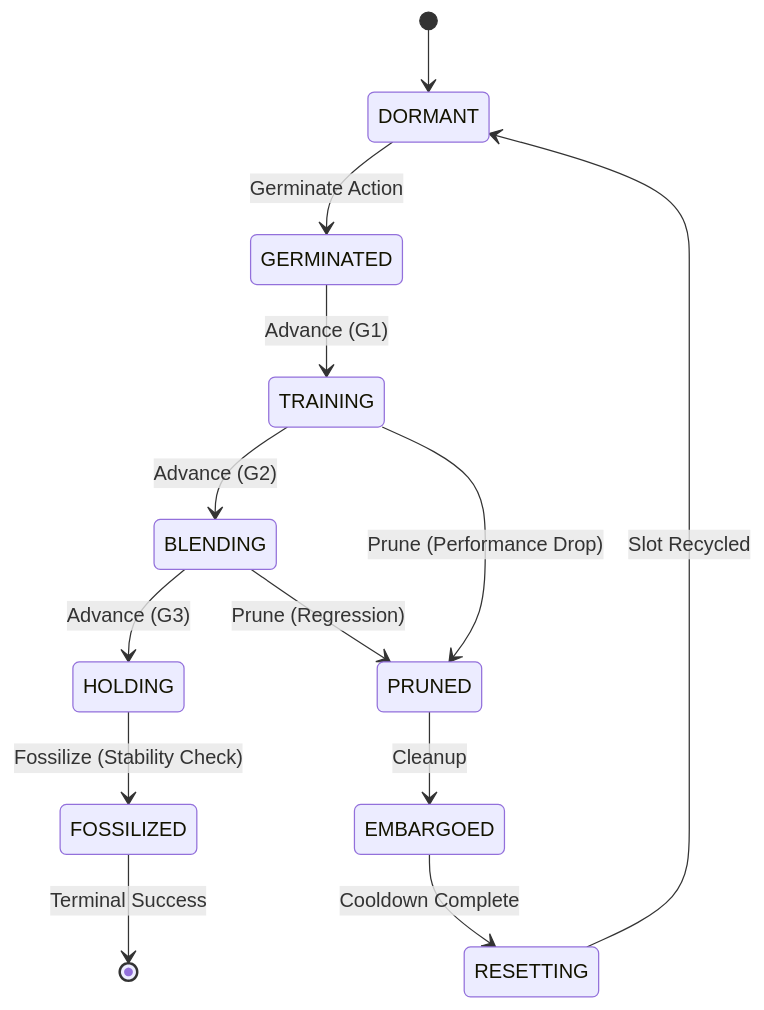
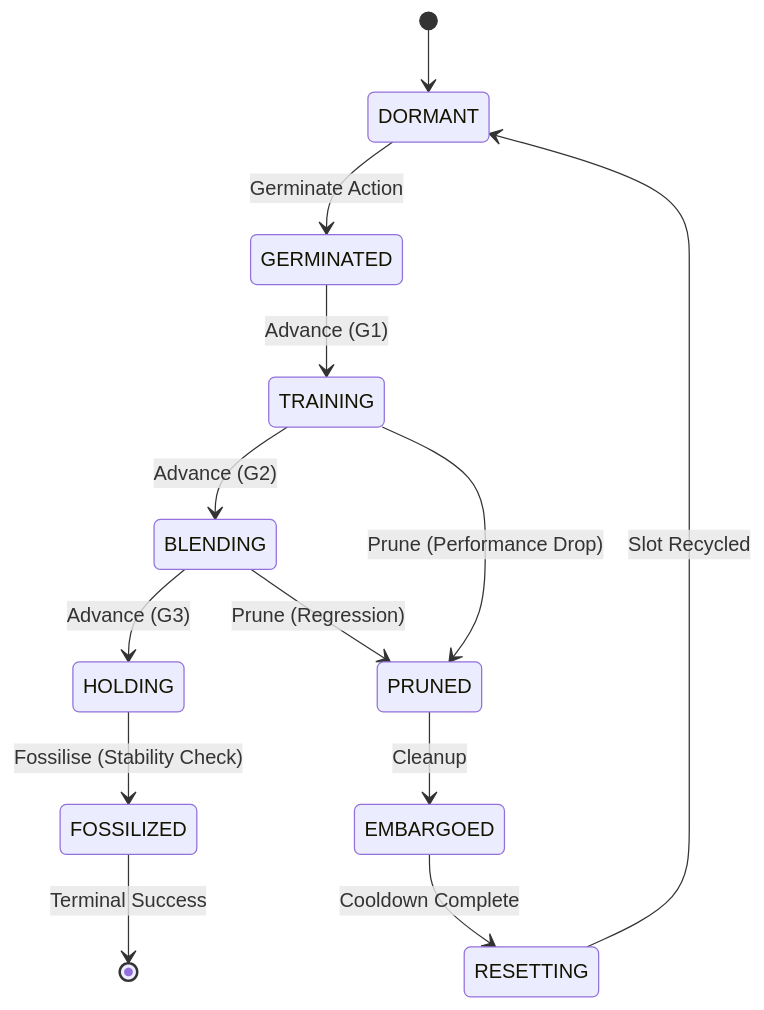
The diagram in README.md (tachyon-beep/esper-lite), drawn with Mermaid before and after one commit. The commit also changed other lines of this file, not shown here.

````diff
--- a/README.md
+++ b/README.md
@@ -79,15 +88,15 @@
 ```mermaid
 stateDiagram-v2
     [*] --> DORMANT
     DORMANT --> GERMINATED: Germinate Action
     GERMINATED --> TRAINING: Advance (G1)
     TRAINING --> BLENDING: Advance (G2)
     TRAINING --> PRUNED: Prune (Performance Drop)
     BLENDING --> HOLDING: Advance (G3)
     BLENDING --> PRUNED: Prune (Regression)
-    HOLDING --> FOSSILIZED: Fossilize (Stability Check)
+    HOLDING --> FOSSILIZED: Fossilise (Stability Check)
     FOSSILIZED --> [*]: Terminal Success
     PRUNED --> EMBARGOED: Cleanup
     EMBARGOED --> RESETTING: Cooldown Complete
     RESETTING --> DORMANT: Slot Recycled
 ```
````
